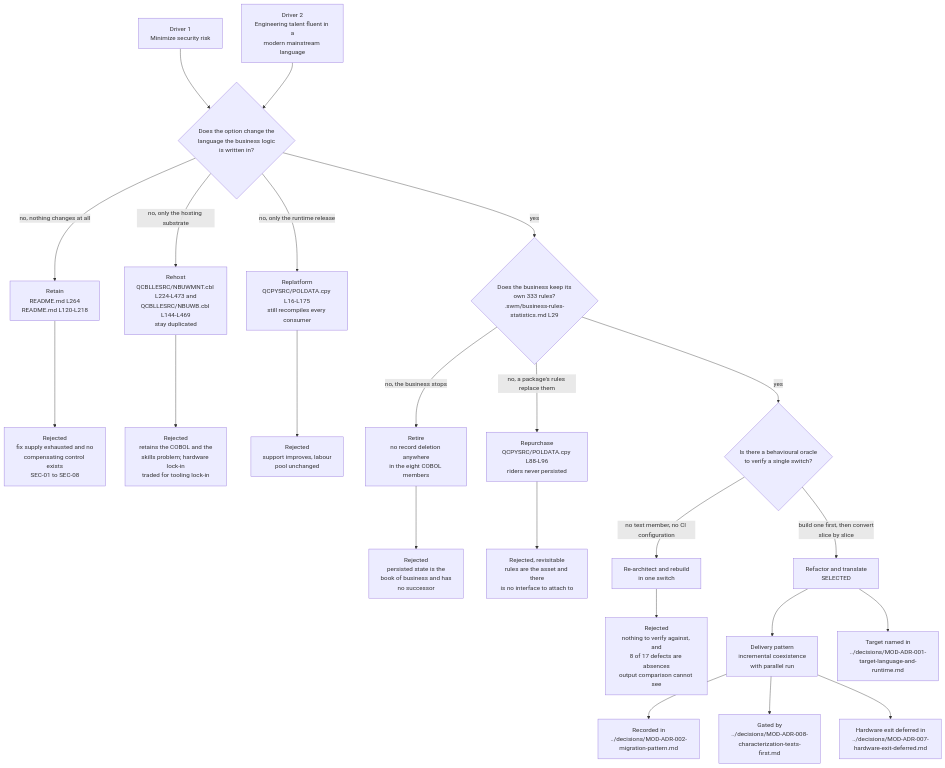
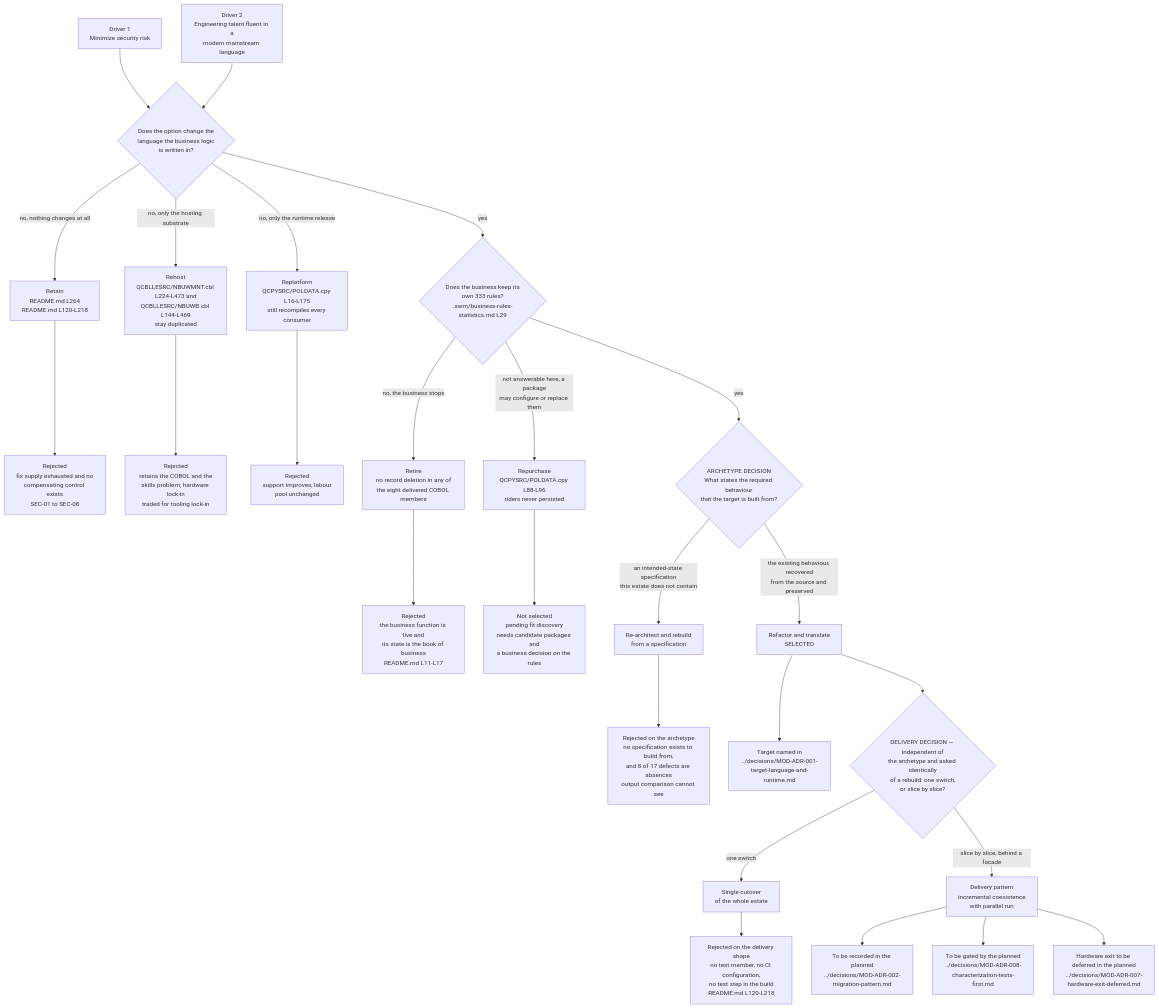
The diagram in docs/modernization/migration/01-strategy-options-and-selection.md (blitzy-public-samples/blitzy-LIFE400), drawn with Mermaid before and after one commit. The commit also changed other lines of this file and 13 other files, not shown here.

````diff
--- a/docs/modernization/migration/01-strategy-options-and-selection.md
+++ b/docs/modernization/migration/01-strategy-options-and-selection.md
@@ -166,40 +213,46 @@
 ```mermaid
 flowchart TD
     D1["Driver 1<br/>Minimize security risk"]
     D2["Driver 2<br/>Engineering talent fluent in a<br/>modern mainstream language"]
 
     D1 --> G1
     D2 --> G1
     G1{"Does the option change the<br/>language the business logic<br/>is written in?"}
 
     G1 -->|"no, nothing changes at all"| RETAIN["Retain<br/>README.md L264<br/>README.md L120-L218"]
     G1 -->|"no, only the hosting substrate"| REHOST["Rehost<br/>QCBLLESRC/NBUWMNT.cbl L224-L473 and<br/>QCBLLESRC/NBUWB.cbl L144-L469<br/>stay duplicated"]
     G1 -->|"no, only the runtime release"| REPLAT["Replatform<br/>QCPYSRC/POLDATA.cpy L16-L175<br/>still recompiles every consumer"]
     G1 -->|"yes"| G2
 
     RETAIN --> XA["Rejected<br/>fix supply exhausted and no<br/>compensating control exists<br/>SEC-01 to SEC-08"]
     REHOST --> XB["Rejected<br/>retains the COBOL and the<br/>skills problem; hardware lock-in<br/>traded for tooling lock-in"]
     REPLAT --> XC["Rejected<br/>support improves, labour<br/>pool unchanged"]
 
     G2{"Does the business keep its<br/>own 333 rules?<br/>.swm/business-rules-statistics.md L29"}
 
-    G2 -->|"no, the business stops"| RETIRE["Retire<br/>no record deletion anywhere<br/>in the eight COBOL members"]
-    G2 -->|"no, a package's rules replace them"| REPURCH["Repurchase<br/>QCPYSRC/POLDATA.cpy L88-L96<br/>riders never persisted"]
+    G2 -->|"no, the business stops"| RETIRE["Retire<br/>no record deletion in any of<br/>the eight delivered COBOL members"]
+    G2 -->|"not answerable here, a package<br/>may configure or replace them"| REPURCH["Repurchase<br/>QCPYSRC/POLDATA.cpy L88-L96<br/>riders never persisted"]
     G2 -->|"yes"| G3
 
-    RETIRE --> XD["Rejected<br/>persisted state is the<br/>book of business and has<br/>no successor"]
-    REPURCH --> XE["Rejected, revisitable<br/>rules are the asset and there<br/>is no interface to attach to"]
+    RETIRE --> XD["Rejected<br/>the business function is live and<br/>its state is the book of business<br/>README.md L11-L17"]
+    REPURCH --> XE["Not selected<br/>pending fit discovery<br/>needs candidate packages and<br/>a business decision on the rules"]
 
-    G3{"Is there a behavioural oracle<br/>to verify a single switch?"}
+    G3{"ARCHETYPE DECISION<br/>What states the required behaviour<br/>that the target is built from?"}
 
-    G3 -->|"no test member, no CI configuration"| REBUILD["Re-architect and rebuild<br/>in one switch"]
-    G3 -->|"build one first, then convert<br/>slice by slice"| SEL["Refactor and translate<br/>SELECTED"]
+    G3 -->|"an intended-state specification<br/>this estate does not contain"| REBUILD["Re-architect and rebuild<br/>from a specification"]
+    G3 -->|"the existing behaviour, recovered<br/>from the source and preserved"| SEL["Refactor and translate<br/>SELECTED"]
 
-    REBUILD --> XF["Rejected<br/>nothing to verify against, and<br/>8 of 17 defects are absences<br/>output comparison cannot see"]
+    REBUILD --> XF["Rejected on the archetype<br/>no specification exists to build from,<br/>and 8 of 17 defects are absences<br/>output comparison cannot see"]
 
-    SEL --> PAT["Delivery pattern<br/>incremental coexistence<br/>with parallel run"]
-    PAT --> ADR["Recorded in<br/>../decisions/MOD-ADR-002-migration-pattern.md"]
-    PAT --> GATE["Gated by<br/>../decisions/MOD-ADR-008-characterization-tests-first.md"]
     SEL --> LANG["Target named in<br/>../decisions/MOD-ADR-001-target-language-and-runtime.md"]
-    PAT --> HW["Hardware exit deferred in<br/>../decisions/MOD-ADR-007-hardware-exit-deferred.md"]
+    SEL --> G4{"DELIVERY DECISION — independent of<br/>the archetype and asked identically<br/>of a rebuild: one switch,<br/>or slice by slice?"}
+
+    G4 -->|"one switch"| BIG["Single cutover<br/>of the whole estate"]
+    G4 -->|"slice by slice, behind a facade"| PAT["Delivery pattern<br/>incremental coexistence<br/>with parallel run"]
+
+    BIG --> XG["Rejected on the delivery shape<br/>no test member, no CI configuration,<br/>no test step in the build<br/>README.md L120-L218"]
+
+    PAT --> ADR["To be recorded in the planned<br/>../decisions/MOD-ADR-002-migration-pattern.md"]
+    PAT --> GATE["To be gated by the planned<br/>../decisions/MOD-ADR-008-characterization-tests-first.md"]
+    PAT --> HW["Hardware exit to be deferred in the planned<br/>../decisions/MOD-ADR-007-hardware-exit-deferred.md"]
 ```
````
